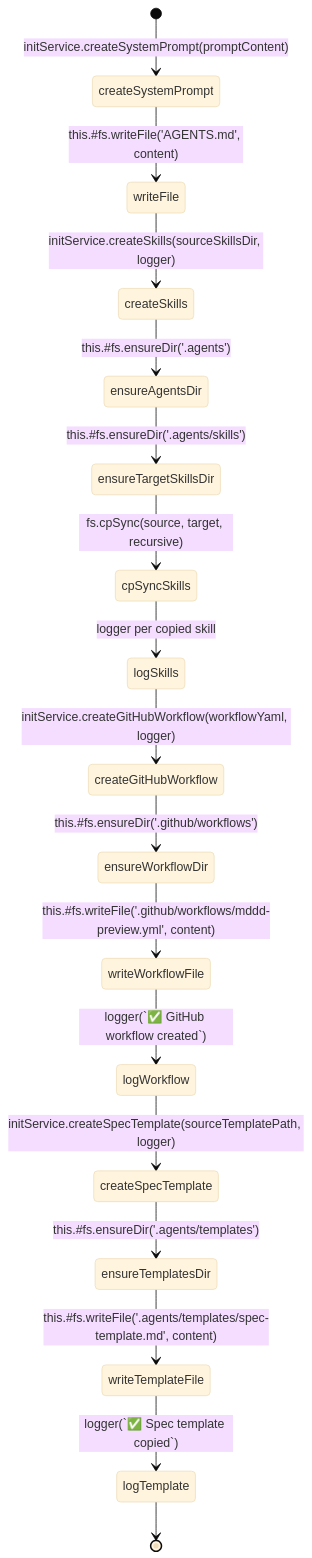
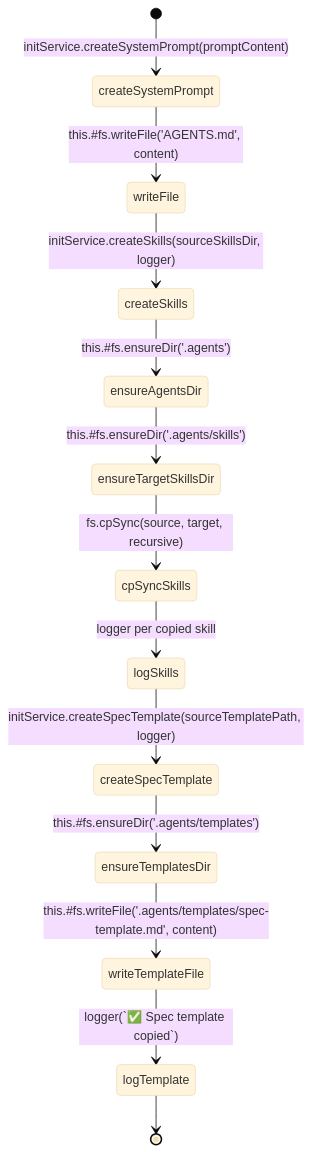
One commit to JulioCRFilho/mermaid-diagram-driven-development changed the diagram in src/services/InitService.spec.md. Above: the diagram before and after it, drawn with Mermaid (base theme). The commit also changed other lines of this file and 9 other files, not shown here.

````diff
--- a/src/services/InitService.spec.md
+++ b/src/services/InitService.spec.md
@@ -16,23 +16,18 @@
 ```mermaid
-%% @spec-version v1.2.0
+%% @spec-version v1.3.0
 stateDiagram-v2
     [*] --> createSystemPrompt: initService.createSystemPrompt(promptContent)
     createSystemPrompt --> writeFile: this.#fs.writeFile('AGENTS.md', content)
     writeFile --> createSkills: initService.createSkills(sourceSkillsDir, logger)
 
     createSkills --> ensureAgentsDir: this.#fs.ensureDir('.agents')
     ensureAgentsDir --> ensureTargetSkillsDir: this.#fs.ensureDir('.agents/skills')
     ensureTargetSkillsDir --> cpSyncSkills: fs.cpSync(source, target, recursive)
     cpSyncSkills --> logSkills: logger per copied skill
-    logSkills --> createGitHubWorkflow: initService.createGitHubWorkflow(workflowYaml, logger)
-
-    createGitHubWorkflow --> ensureWorkflowDir: this.#fs.ensureDir('.github/workflows')
-    ensureWorkflowDir --> writeWorkflowFile: this.#fs.writeFile('.github/workflows/mddd-preview.yml', content)
-    writeWorkflowFile --> logWorkflow: logger(`✅ GitHub workflow created`)
-    logWorkflow --> createSpecTemplate: initService.createSpecTemplate(sourceTemplatePath, logger)
+    logSkills --> createSpecTemplate: initService.createSpecTemplate(sourceTemplatePath, logger)
 
     createSpecTemplate --> ensureTemplatesDir: this.#fs.ensureDir('.agents/templates')
     ensureTemplatesDir --> writeTemplateFile: this.#fs.writeFile('.agents/templates/spec-template.md', content)
     writeTemplateFile --> logTemplate: logger(`✅ Spec template copied`)
     logTemplate --> [*]
 ```
````
